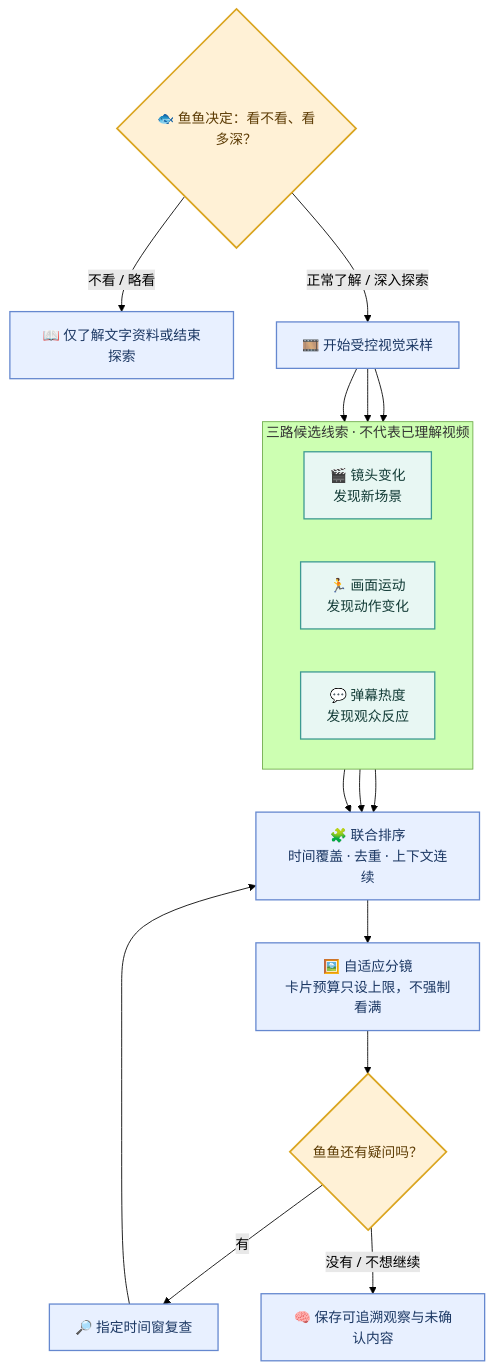
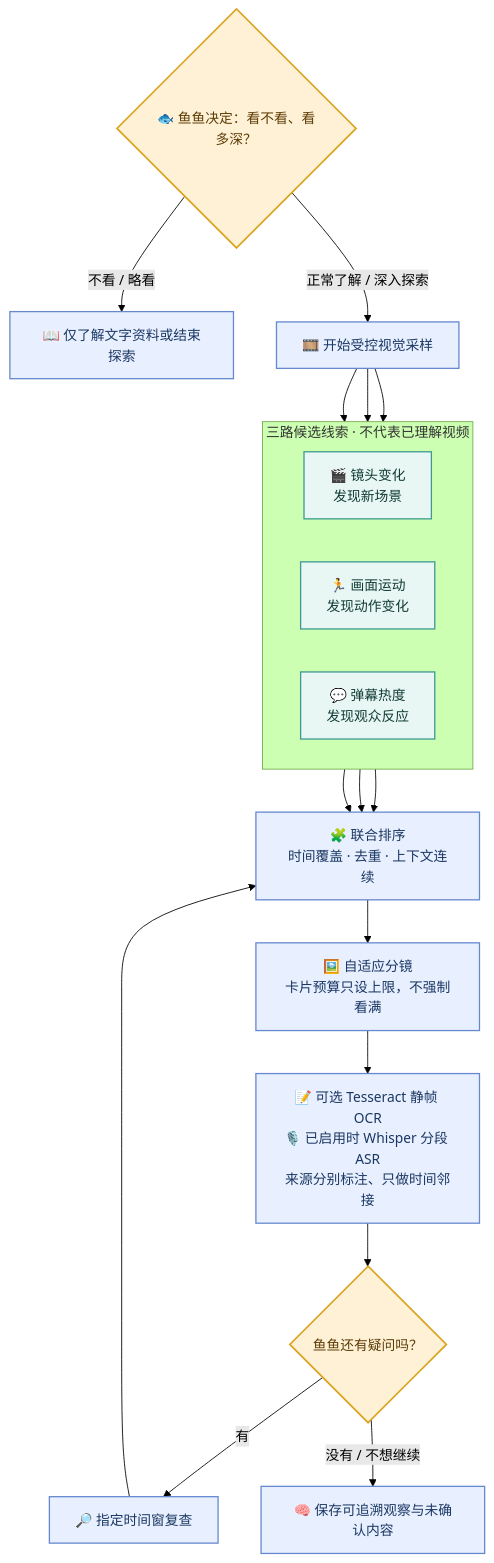
Before and after one commit to minedalang/dsh-dafeiyu-life: the diagram in docs/architecture/diagrams/video-perception-current.mmd, drawn with Mermaid (forest theme). The commit also changed 20 other files, not shown here.

First line of the commit message:
feat(video): dev.3b.2 增加 Whisper 时间分段与真实静帧 OCR 证据

```diff
--- a/docs/architecture/diagrams/video-perception-current.mmd
+++ b/docs/architecture/diagrams/video-perception-current.mmd
@@ -1,23 +1,24 @@
 flowchart TB
     V{"🐟 鱼鱼决定：看不看、看多深？"}
     V -->|不看 / 略看| S["📖 仅了解文字资料或结束探索"]
     V -->|正常了解 / 深入探索| GO["🎞️ 开始受控视觉采样"]
     subgraph INPUT["三路候选线索 · 不代表已理解视频"]
       direction LR
       C["🎬 镜头变化<br/>发现新场景"]
       M["🏃 画面运动<br/>发现动作变化"]
       H["💬 弹幕热度<br/>发现观众反应"]
     end
     GO --> C & M & H
     C & M & H --> R["🧩 联合排序<br/>时间覆盖 · 去重 · 上下文连续"]
     R --> B["🖼️ 自适应分镜<br/>卡片预算只设上限，不强制看满"]
-    B --> Q{"鱼鱼还有疑问吗？"}
+    B --> T["📝 可选 Tesseract 静帧 OCR<br/>🎙️ 已启用时 Whisper 分段 ASR<br/>来源分别标注、只做时间邻接"]
+    T --> Q{"鱼鱼还有疑问吗？"}
     Q -->|有| F["🔎 指定时间窗复查"]
     F --> R
     Q -->|没有 / 不想继续| E["🧠 保存可追溯观察与未确认内容"]
     classDef choice fill:#FFF1D6,stroke:#DAA520,color:#5D3C05,stroke-width:2px;
     classDef signal fill:#E8F7F3,stroke:#3D9A91,color:#123B36,stroke-width:1.5px;
     classDef action fill:#E8F0FF,stroke:#6588CF,color:#1B3763,stroke-width:1.5px;
     class V,Q choice;
     class C,M,H signal;
-    class GO,R,B,F,E,S action;
+    class GO,R,B,T,F,E,S action;
```
